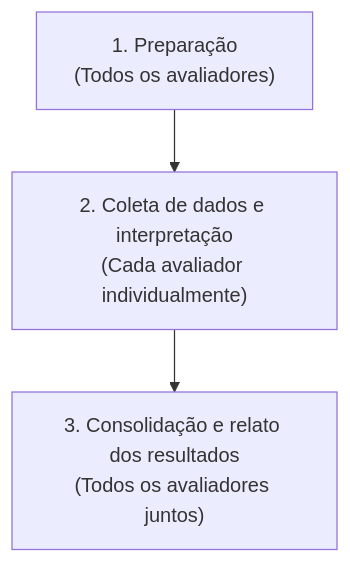
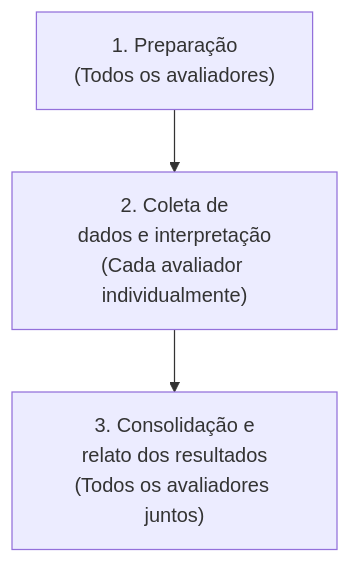
Before and after one commit to leorruas/puc: the third of 4 diagrams in 08. Design de Interacao/20. Avaliação por inspeção - avaliação heurística e percurso cognitivo.md, drawn with Mermaid. The commit also changed other lines of this file and 16 other files, not shown here.

Commit message:
style(mermaid): comprehensive audit and optimization of 45 Mermaid blocks across all 22 topic notes

````diff
--- a/08. Design de Interacao/20. Avaliação por inspeção - avaliação heurística e percurso cognitivo.md
+++ b/08. Design de Interacao/20. Avaliação por inspeção - avaliação heurística e percurso cognitivo.md
@@ -97,5 +97,5 @@
 ```mermaid
 graph TD
-    P1["1. Preparação<br>(Todos os avaliadores)"] --> P2["2. Coleta de dados e interpretação<br>(Cada avaliador individualmente)"]
-    P2 --> P3["3. Consolidação e relato dos resultados<br>(Todos os avaliadores juntos)"]
+    P1["1. Preparação<br>(Todos os avaliadores)"] --> P2["2. Coleta de<br>dados e interpretação<br>(Cada avaliador individualmente)"]
+    P2 --> P3["3. Consolidação e<br>relato dos resultados<br>(Todos os avaliadores juntos)"]
 ```
````
